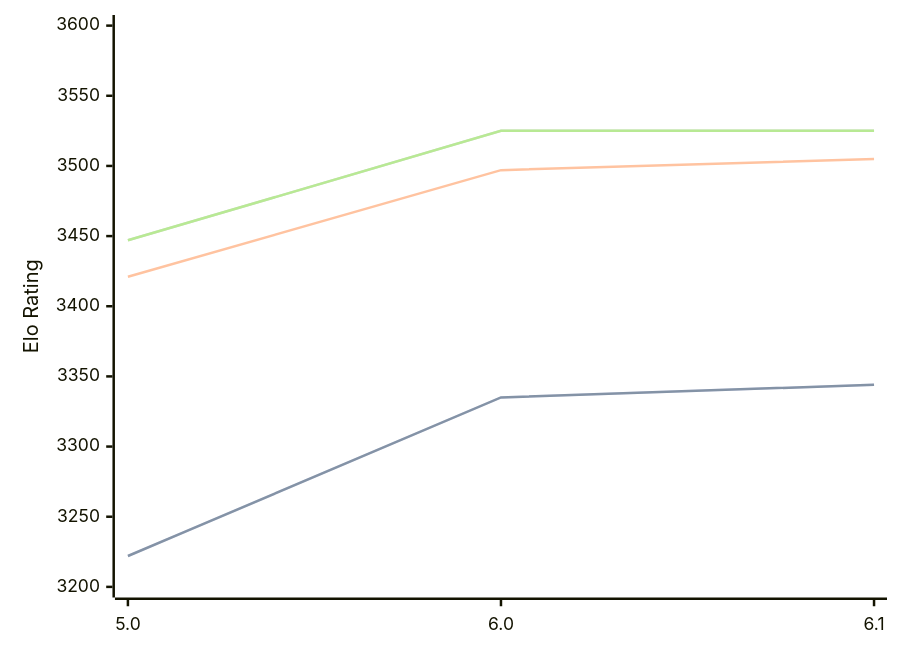
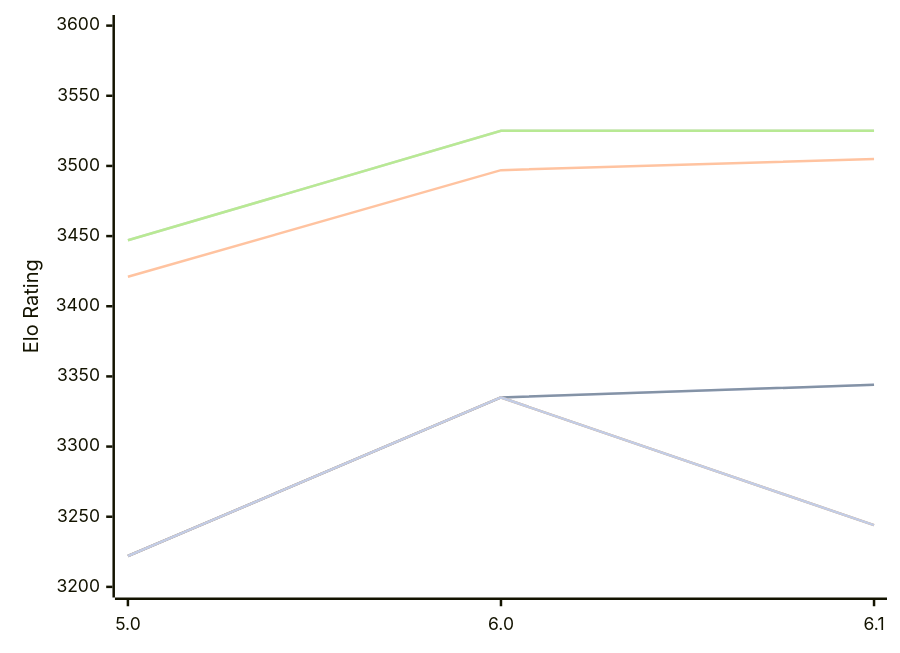
The diagram in engines/Starzix.md (computer-chess-index/cci), drawn with Mermaid before and after one commit. The commit also changed other lines of this file, not shown here.

Commit message:
Update CCI Ratings (ELO VLTC) - 2026-10-11

````diff
--- a/engines/Starzix.md
+++ b/engines/Starzix.md
@@ -49,16 +49,13 @@
 ```mermaid
 %%{init: {"theme":"base","themeVariables":{"seriesColors:['#a3a3a3','#222221','#faa371']}}}%%
 xychart-beta
   x-axis ["5.0", "6.0", "6.1"]
   y-axis "Elo Rating" 3200 --> 3600
   line "" [3222, 3335, 3344]
   line "T1: STC (8.0+0.08s)" [3222, 3335, 3344]
   line "T1: LTC (60.0+0.60s)" [3421, 3497, 3505]
   line "" [3447, 3525, 3525]
   line "T1: VLTC (2m24s+1.12s)" [3447, 3525, 3525]
-  line "" [3233]
-  line "E1: STC (8.0+0.08s)" [3233]
-  line "E1: LTC (60.0+0.60s)" [3452]
-  line "" [3534]
-  line "E1: VLTC (2m24s+1.12s)" [3534]
+  line "" [3222, 3335,3244]
+  line "E1: STC (8.0+0.08s)" [3222, 3335,3244]
 ```
````
